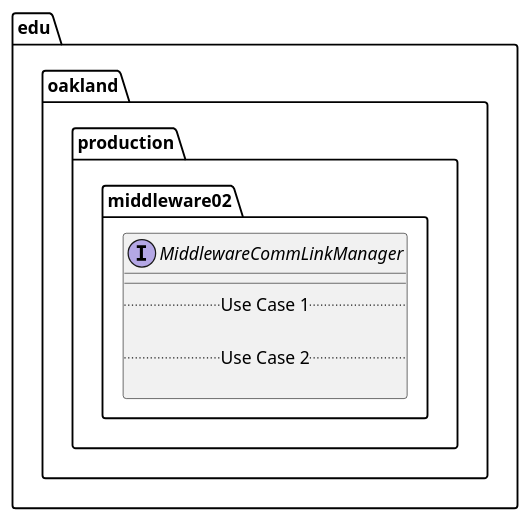
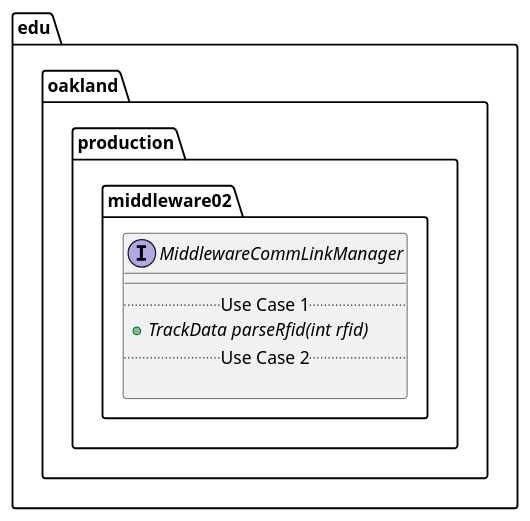
Before and after one commit to elilley15/csi-3370-software-project: the diagram in docs/uml-class-diagrams/middleware02/production/MiddlewareCommLinkManager/MiddlewareCommLinkManager.puml, drawn with PlantUML. The commit also changed 3 other files, not shown here.

```diff
--- a/docs/uml-class-diagrams/middleware02/production/MiddlewareCommLinkManager/MiddlewareCommLinkManager.puml
+++ b/docs/uml-class-diagrams/middleware02/production/MiddlewareCommLinkManager/MiddlewareCommLinkManager.puml
@@ -1,13 +1,13 @@
 @startuml MiddlewareCommLinkManager
 
 package edu.oakland.production.middleware02 {
     interface MiddlewareCommLinkManager {
         __
         .. Use Case 1 ..
-
+        {abstract} + TrackData parseRfid(int rfid)
         .. Use Case 2 ..
 
     }
 }
 
 @enduml
```
